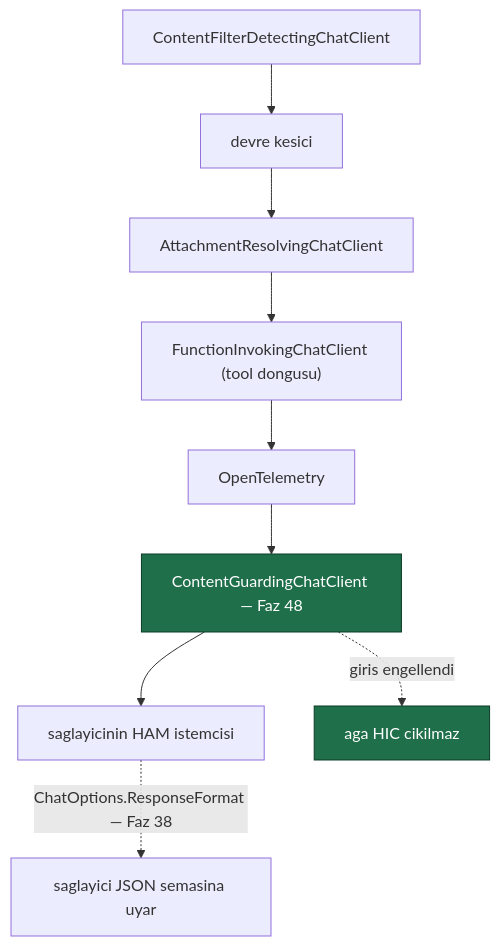
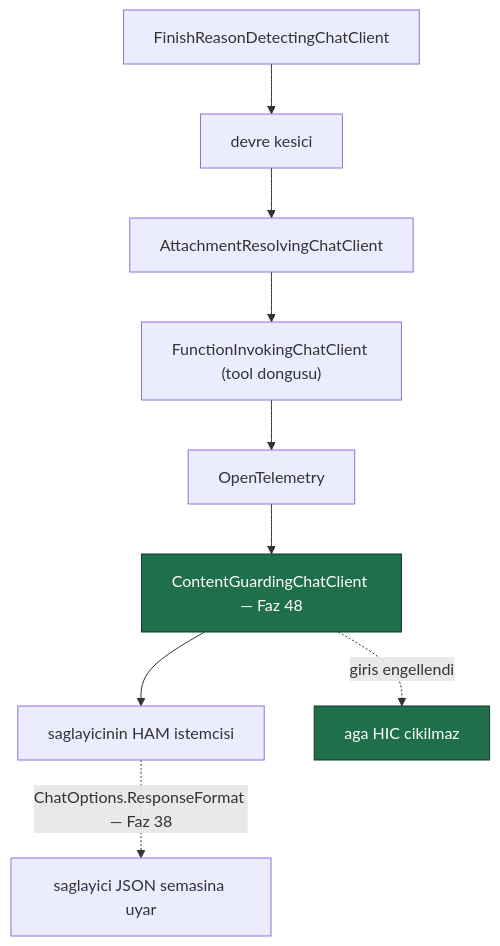
Before and after one commit to farukatasoy/Tracon: the diagram in docs/manuel-test/22-GUARDRAIL-VE-YAPISAL-CIKTI.md, drawn with Mermaid. The commit also changed other lines of this file and 8 other files, not shown here.

````diff
--- a/docs/manuel-test/22-GUARDRAIL-VE-YAPISAL-CIKTI.md
+++ b/docs/manuel-test/22-GUARDRAIL-VE-YAPISAL-CIKTI.md
@@ -44,14 +44,14 @@
 ```mermaid
 flowchart TD
-    A["ContentFilterDetectingChatClient"] --> B["devre kesici"]
+    A["FinishReasonDetectingChatClient"] --> B["devre kesici"]
     B --> C["AttachmentResolvingChatClient"]
     C --> D["FunctionInvokingChatClient (tool dongusu)"]
     D --> E["OpenTelemetry"]
     E --> F["ContentGuardingChatClient — Faz 48"]
     F --> G["saglayicinin HAM istemcisi"]
     G -.->|"ChatOptions.ResponseFormat — Faz 38"| H["saglayici JSON semasina uyar"]
     F -.->|"giris engellendi"| X["aga HIC cikilmaz"]
 
     classDef guard fill:#1f6f4a,stroke:#0d3b27,color:#ffffff
     class F,X guard
 ```
````
